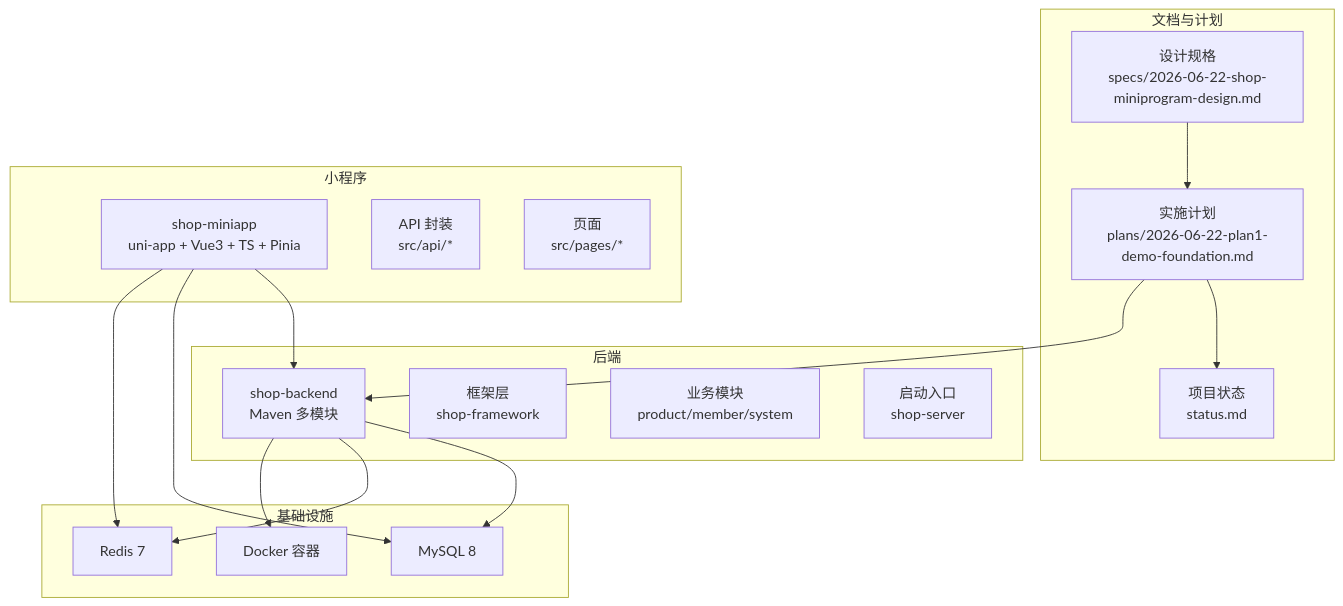
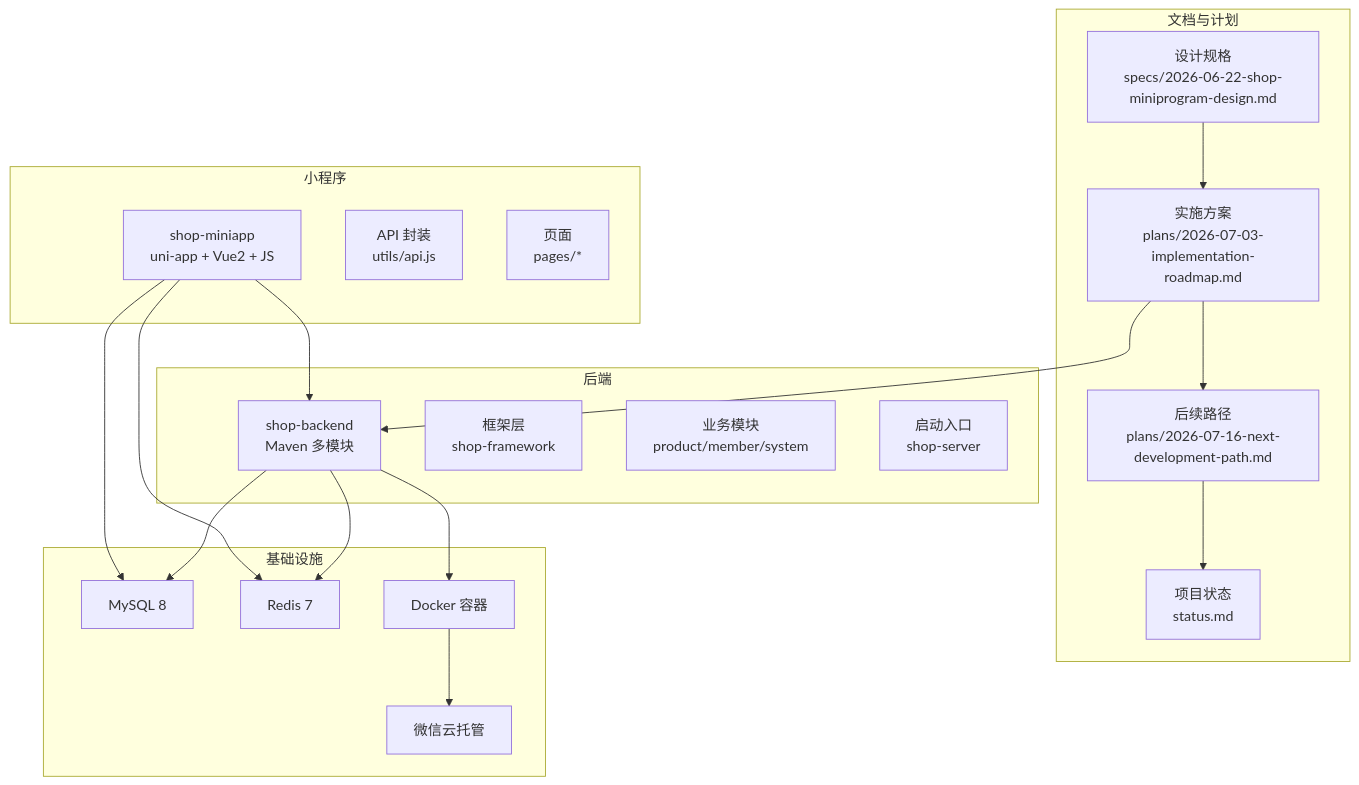
One commit to QtImM/wechatMiniprogram_Store changed the first of 9 diagrams in .qoder/repowiki/zh/content/开发指南/开发流程规范.md. Above: the diagram before and after it, drawn with Mermaid. The commit also changed other lines of this file and 41 other files, not shown here.

````diff
--- a/.qoder/repowiki/zh/content/开发指南/开发流程规范.md
+++ b/.qoder/repowiki/zh/content/开发指南/开发流程规范.md
@@ -47,32 +57,35 @@
 ```mermaid
 graph TB
 subgraph "文档与计划"
 SPEC["设计规格<br/>specs/2026-06-22-shop-miniprogram-design.md"]
-PLAN["实施计划<br/>plans/2026-06-22-plan1-demo-foundation.md"]
+ROADMAP["实施方案<br/>plans/2026-07-03-implementation-roadmap.md"]
+NEXTPLAN["后续路径<br/>plans/2026-07-16-next-development-path.md"]
 STATUS["项目状态<br/>status.md"]
 end
 subgraph "后端"
 BACKEND["shop-backend<br/>Maven 多模块"]
 FRAME["框架层<br/>shop-framework"]
 MODULES["业务模块<br/>product/member/system"]
 SERVER["启动入口<br/>shop-server"]
 end
 subgraph "小程序"
-MINIAPP["shop-miniapp<br/>uni-app + Vue3 + TS + Pinia"]
-API["API 封装<br/>src/api/*"]
-PAGES["页面<br/>src/pages/*"]
+MINIAPP["shop-miniapp<br/>uni-app + Vue2 + JS"]
+API["API 封装<br/>utils/api.js"]
+PAGES["页面<br/>pages/*"]
 end
 subgraph "基础设施"
 DB["MySQL 8"]
 REDIS["Redis 7"]
 DOCKER["Docker 容器"]
+CLOUD["微信云托管"]
 end
-SPEC --> PLAN --> STATUS
-PLAN --> BACKEND
+SPEC --> ROADMAP --> NEXTPLAN --> STATUS
+ROADMAP --> BACKEND
 BACKEND --> DB
 BACKEND --> REDIS
 BACKEND --> DOCKER
 MINIAPP --> BACKEND
 MINIAPP --> DB
 MINIAPP --> REDIS
+DOCKER --> CLOUD
 ```
````
